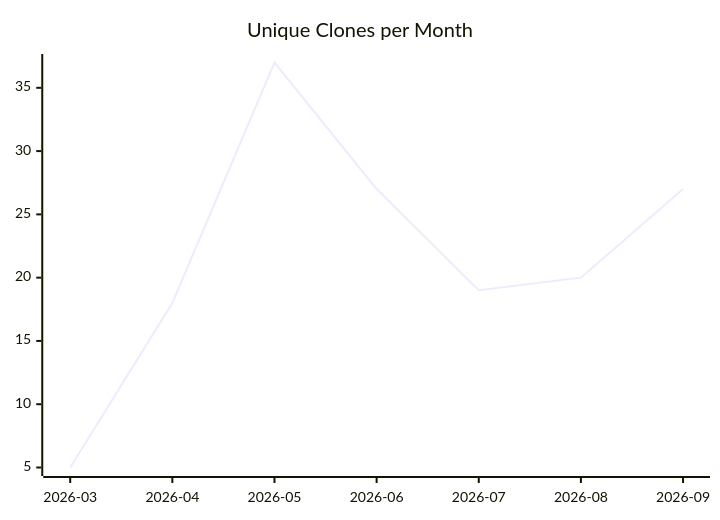
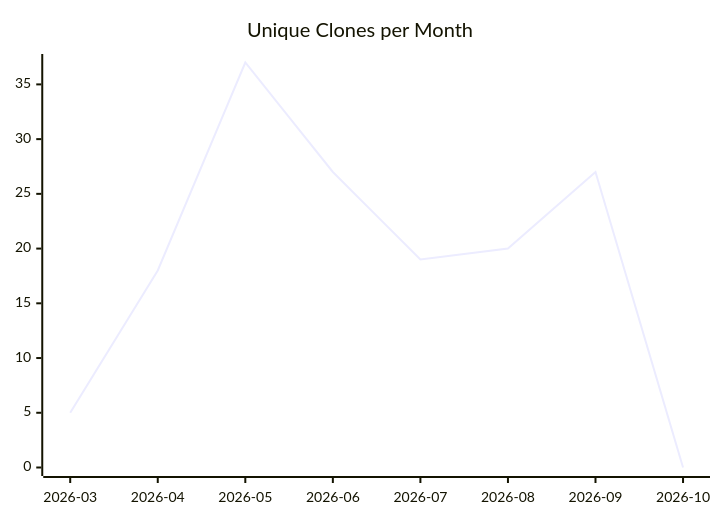
The third of 3 diagrams in karlmdavis/obsidian-operator/README.md (justdavis-family/github-analytics-data), drawn with Mermaid before and after one commit. The commit also changed other lines of this file and 202 other files, not shown here.

````diff
--- a/karlmdavis/obsidian-operator/README.md
+++ b/karlmdavis/obsidian-operator/README.md
@@ -19,6 +19,6 @@
 ```mermaid
 xychart-beta
   title "Unique Clones per Month"
-  x-axis ["2026-03", "2026-04", "2026-05", "2026-06", "2026-07", "2026-08", "2026-09"]
-  line [5, 18, 37, 27, 19, 20, 27]
+  x-axis ["2026-03", "2026-04", "2026-05", "2026-06", "2026-07", "2026-08", "2026-09", "2026-10"]
+  line [5, 18, 37, 27, 19, 20, 27, 0]
 ```
````
